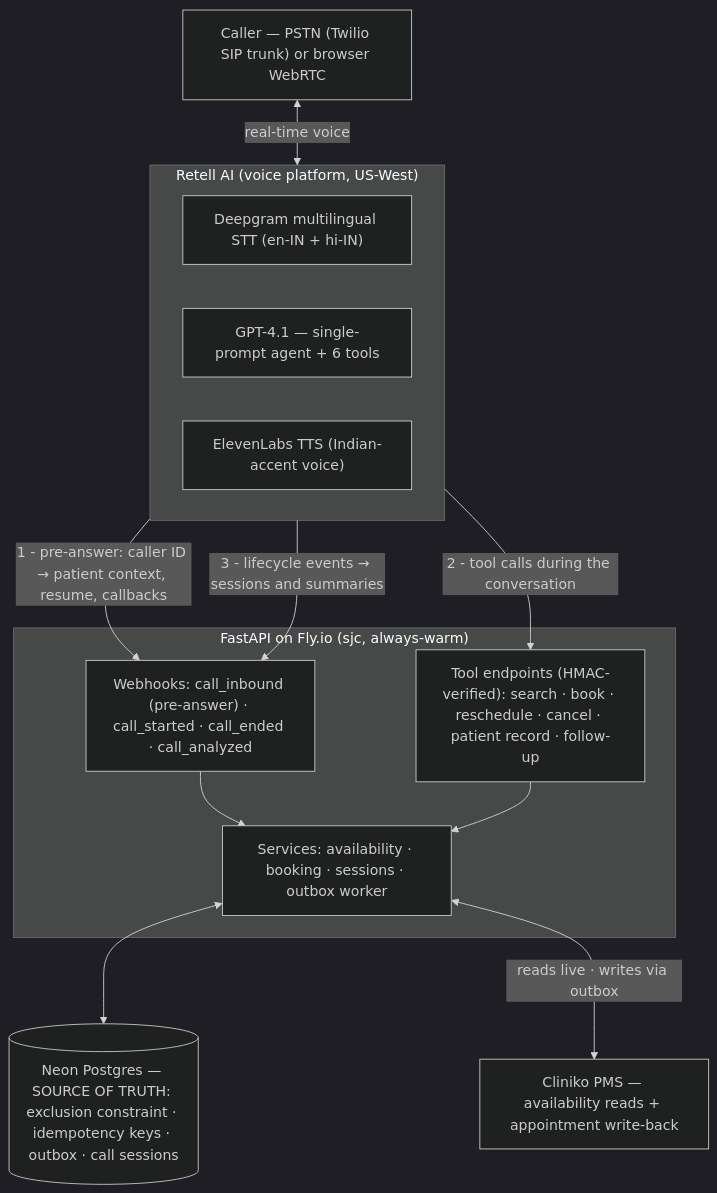
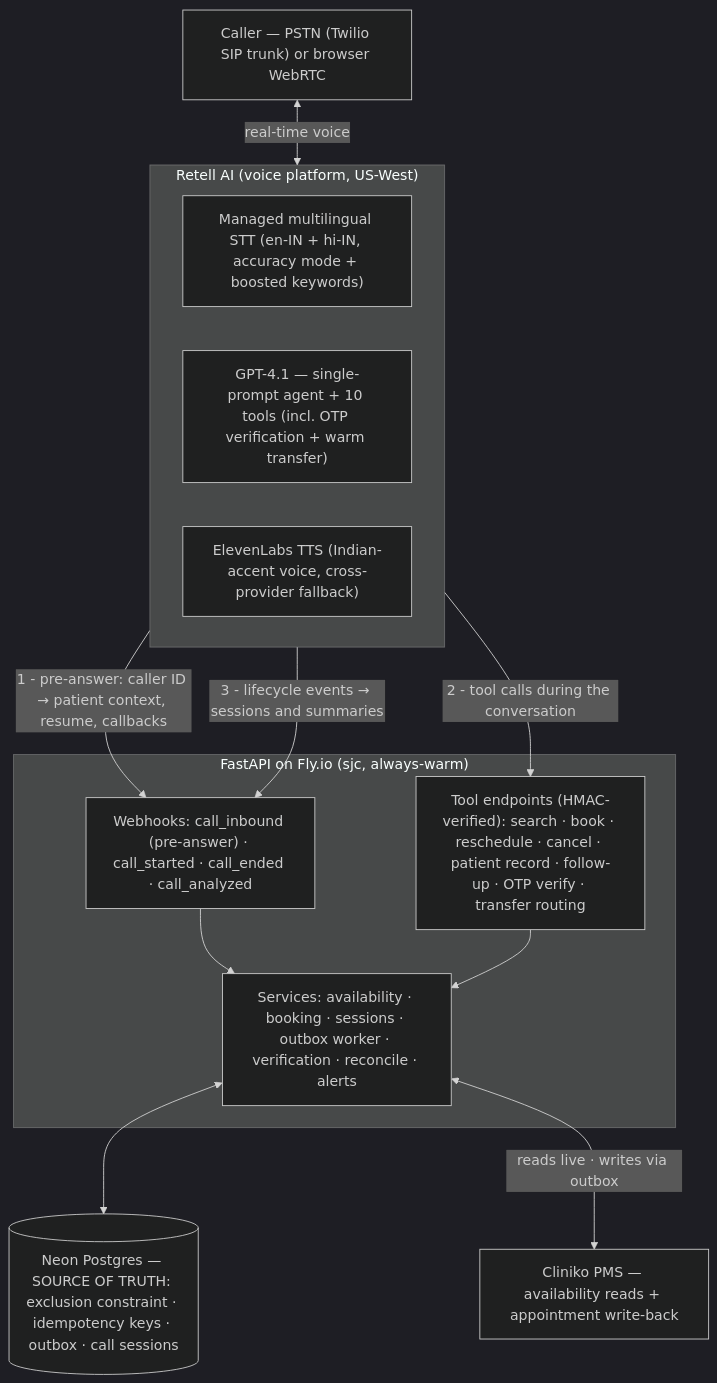
One commit to amit-badave-04/clinic-voice-agent changed the first of 3 diagrams in README.md. Above: the diagram before and after it, drawn with Mermaid (dark theme). The commit also changed other lines of this file and 1 other file, not shown here.

First line of the commit message:
README: v2 capabilities woven in; roadmap replaced by hardening + known limits

````diff
--- a/README.md
+++ b/README.md
@@ -81,28 +91,28 @@
 ```mermaid
 flowchart TB
     Caller["Caller — PSTN (Twilio SIP trunk) or browser WebRTC"]
 
     subgraph Retell["Retell AI (voice platform, US-West)"]
-        STT["Deepgram multilingual STT (en-IN + hi-IN)"]
-        LLM["GPT-4.1 — single-prompt agent + 6 tools"]
-        TTS["ElevenLabs TTS (Indian-accent voice)"]
+        STT["Managed multilingual STT (en-IN + hi-IN, accuracy mode + boosted keywords)"]
+        LLM["GPT-4.1 — single-prompt agent + 10 tools (incl. OTP verification + warm transfer)"]
+        TTS["ElevenLabs TTS (Indian-accent voice, cross-provider fallback)"]
     end
 
     subgraph Backend["FastAPI on Fly.io (sjc, always-warm)"]
         WH["Webhooks: call_inbound (pre-answer) · call_started · call_ended · call_analyzed"]
-        Tools["Tool endpoints (HMAC-verified): search · book · reschedule · cancel · patient record · follow-up"]
-        SVC["Services: availability · booking · sessions · outbox worker"]
+        Tools["Tool endpoints (HMAC-verified): search · book · reschedule · cancel · patient record · follow-up · OTP verify · transfer routing"]
+        SVC["Services: availability · booking · sessions · outbox worker · verification · reconcile · alerts"]
     end
 
     DB[("Neon Postgres — SOURCE OF TRUTH: exclusion constraint · idempotency keys · outbox · call sessions")]
     PMS["Cliniko PMS — availability reads + appointment write-back"]
 
     Caller <-->|"real-time voice"| Retell
     Retell -->|"1 - pre-answer: caller ID → patient context, resume, callbacks"| WH
     Retell -->|"2 - tool calls during the conversation"| Tools
     Retell -->|"3 - lifecycle events → sessions and summaries"| WH
     WH --> SVC
     Tools --> SVC
     SVC <--> DB
     SVC <-->|"reads live · writes via outbox"| PMS
 ```
````
